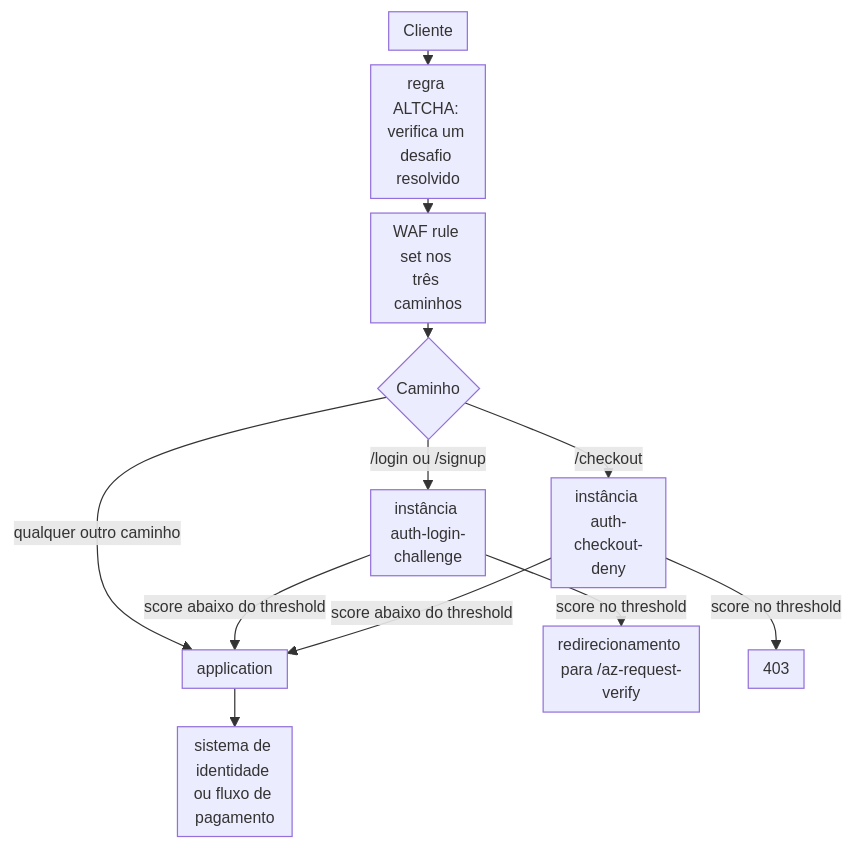
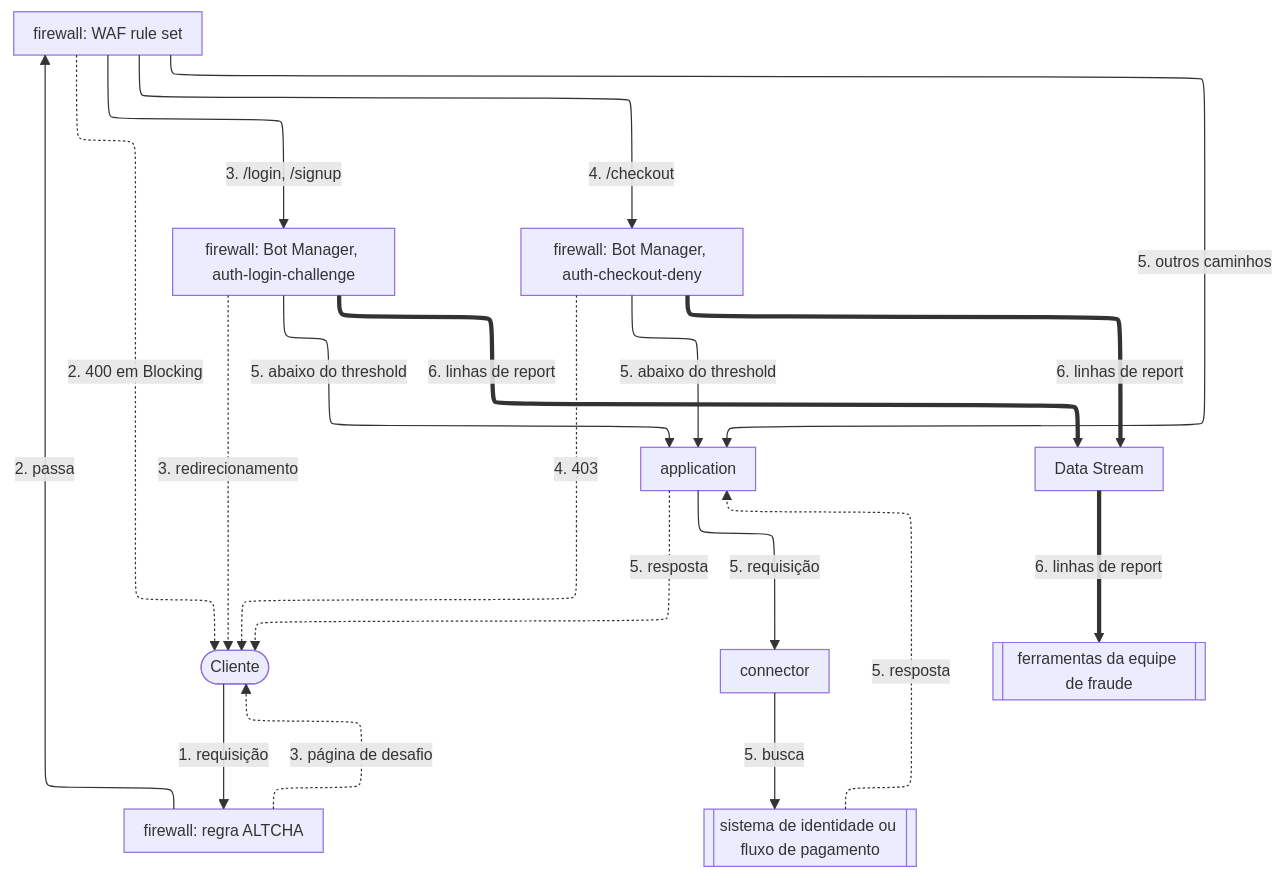
Before and after one commit to aziontech/docs: the diagram in apps/docs/src/content/docs/pt-br/pages/casos-de-uso/proteger-aplicacoes-e-redes/bloquear-account-takeover-em-fluxos-de-login-e-checkout.mdx, drawn with Mermaid. The commit also changed other lines of this file and 55 other files, not shown here.

Commit message:
docs(use-cases): redraw the use-case diagrams with the way back and check their claims (#2509)

````diff
--- a/apps/docs/src/content/docs/pt-br/pages/casos-de-uso/proteger-aplicacoes-e-redes/bloquear-account-takeover-em-fluxos-de-login-e-checkout.mdx
+++ b/apps/docs/src/content/docs/pt-br/pages/casos-de-uso/proteger-aplicacoes-e-redes/bloquear-account-takeover-em-fluxos-de-login-e-checkout.mdx
@@ -44,15 +46,32 @@
 ```mermaid
-%%{init: {"layout": "dagre", "themeVariables": {"fontSize": "13px"}, "flowchart": {"nodeSpacing": 12, "rankSpacing": 12, "padding": 6, "wrappingWidth": 70, "minNodeWidth": 40, "useMaxWidth": true}}}%%
+%%{init: {"layout": "elk", "elk": {"preset": "modelOrder", "keepEntryNodeOnTop": true}, "themeVariables": {"fontSize": "13px"}, "flowchart": {"nodeSpacing": 24, "rankSpacing": 36, "padding": 8, "wrappingWidth": 150, "useMaxWidth": true}, "sequence": {"width": 120, "actorMargin": 30, "useMaxWidth": true}}}%%
 flowchart TD
-  Client["Cliente"] --> ALTCHA["regra ALTCHA: verifica um desafio resolvido"]
-  ALTCHA --> WAF["WAF rule set nos três caminhos"]
-  WAF --> Path{"Caminho"}
-  Path -->|"/login ou /signup"| Login["instância auth-login-challenge"]
-  Path -->|"/checkout"| Checkout["instância auth-checkout-deny"]
-  Path -->|"qualquer outro caminho"| App["application"]
-  Login -->|"score abaixo do threshold"| App
-  Login -->|"score no threshold"| Verify["redirecionamento para /az-request-verify"]
-  Checkout -->|"score abaixo do threshold"| App
-  Checkout -->|"score no threshold"| Deny["403"]
-  App --> Origin["sistema de identidade ou fluxo de pagamento"]
+  Client(["Cliente"])
+  ALTCHA["firewall: regra ALTCHA"]
+  WAF["firewall: WAF rule set"]
+  Login["firewall: Bot Manager, auth-login-challenge"]
+  Checkout["firewall: Bot Manager, auth-checkout-deny"]
+  App["application"]
+  Conn["connector"]
+  Origin[["sistema de identidade ou fluxo de pagamento"]]
+  DS["Data Stream"]
+  Team[["ferramentas da equipe de fraude"]]
+  Client -->|"1. requisição"| ALTCHA
+  ALTCHA -->|"2. passa"| WAF
+  WAF -->|"3. /login, /signup"| Login
+  WAF -->|"4. /checkout"| Checkout
+  WAF -->|"5. outros caminhos"| App
+  Login -->|"5. abaixo do threshold"| App
+  Checkout -->|"5. abaixo do threshold"| App
+  App -->|"5. requisição"| Conn
+  Conn -->|"5. busca"| Origin
+  Origin -.->|"5. resposta"| App
+  App -.->|"5. resposta"| Client
+  ALTCHA -.->|"3. página de desafio"| Client
+  WAF -.->|"2. 400 em Blocking"| Client
+  Login -.->|"3. redirecionamento"| Client
+  Checkout -.->|"4. 403"| Client
+  Login ==>|"6. linhas de report"| DS
+  Checkout ==>|"6. linhas de report"| DS
+  DS ==>|"6. linhas de report"| Team
 ```
````
